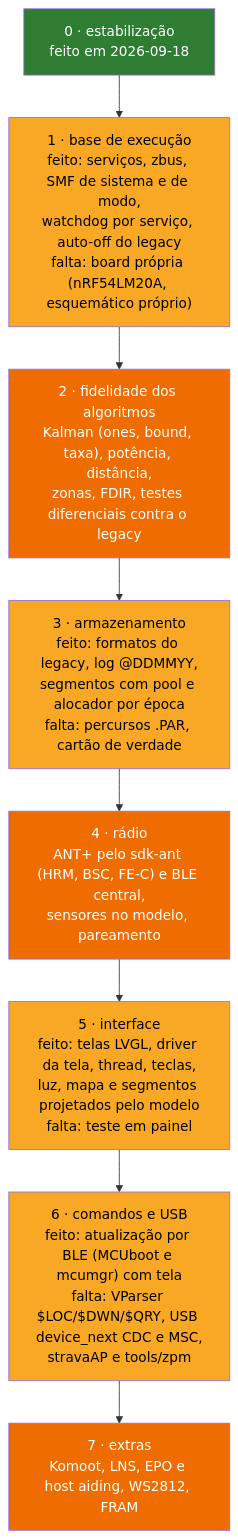
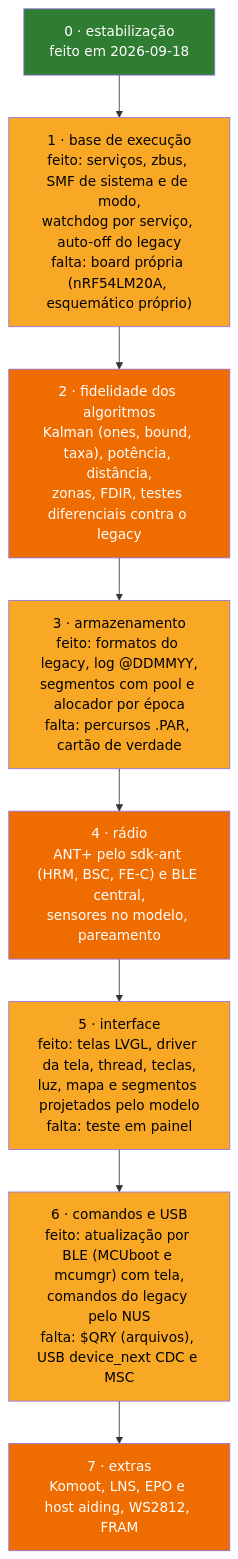
Before and after one commit to Guiimartinho/gnss-bike-computer: the second of 2 diagrams in docs/10-status-do-port.md, drawn with Mermaid. The commit also changed 12 other files, not shown here.

````diff
--- a/docs/10-status-do-port.md
+++ b/docs/10-status-do-port.md
@@ -109,14 +109,14 @@
 ```mermaid
 flowchart TD
     F0["0 · estabilização<br/>feito em 2026-09-18"]:::done --> F1
     F1["1 · base de execução<br/>feito: serviços, zbus, SMF de sistema e de modo,<br/>watchdog por serviço, auto-off do legacy<br/>falta: board própria (nRF54LM20A, esquemático próprio)"]:::partial --> F2
     F2["2 · fidelidade dos algoritmos<br/>Kalman (ones, bound, taxa), potência, distância,<br/>zonas, FDIR, testes diferenciais contra o legacy"]:::pending --> F3
     F3["3 · armazenamento<br/>feito: formatos do legacy, log @DDMMYY,<br/>segmentos com pool e alocador por época<br/>falta: percursos .PAR, cartão de verdade"]:::partial --> F4
     F4["4 · rádio<br/>ANT+ pelo sdk-ant (HRM, BSC, FE-C) e BLE central,<br/>sensores no modelo, pareamento"]:::pending --> F5
     F5["5 · interface<br/>feito: telas LVGL, driver da tela, thread, teclas,<br/>luz, mapa e segmentos projetados pelo modelo<br/>falta: teste em painel"]:::partial --> F6
-    F6["6 · comandos e USB<br/>feito: atualização por BLE (MCUboot e mcumgr) com tela<br/>falta: VParser $LOC/$DWN/$QRY, USB device_next CDC e MSC,<br/>stravaAP e tools/zpm"]:::partial --> F7
+    F6["6 · comandos e USB<br/>feito: atualização por BLE (MCUboot e mcumgr) com tela,<br/>comandos do legacy pelo NUS<br/>falta: $QRY (arquivos), USB device_next CDC e MSC"]:::partial --> F7
     F7["7 · extras<br/>Komoot, LNS, EPO e host aiding, WS2812, FRAM"]:::pending
     classDef done fill:#2e7d32,color:#ffffff
     classDef partial fill:#f9a825,color:#000000
     classDef pending fill:#ef6c00,color:#ffffff
 ```
````
